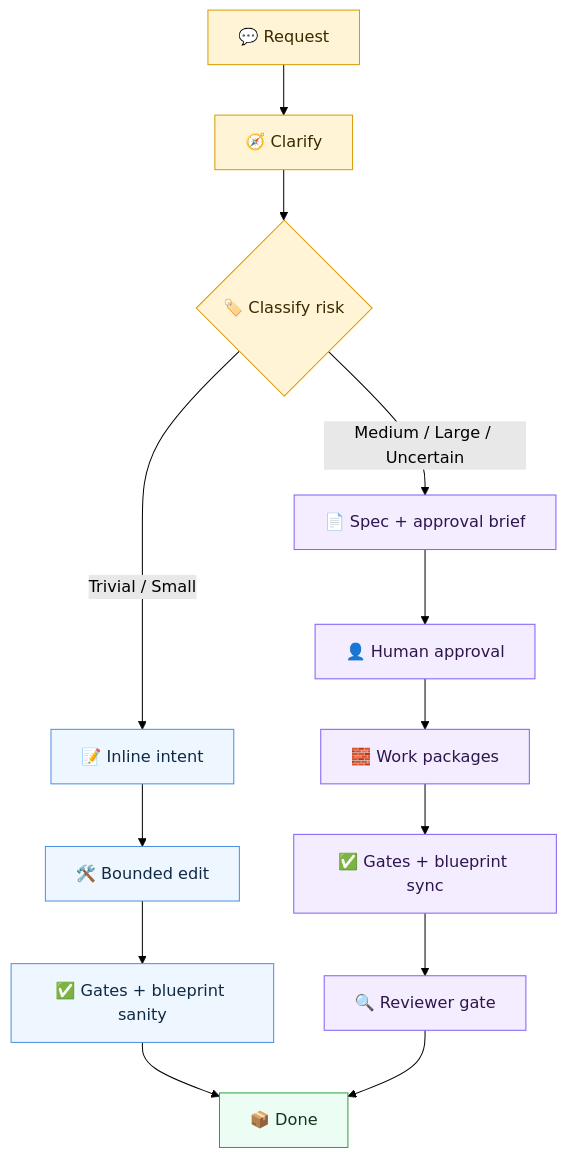
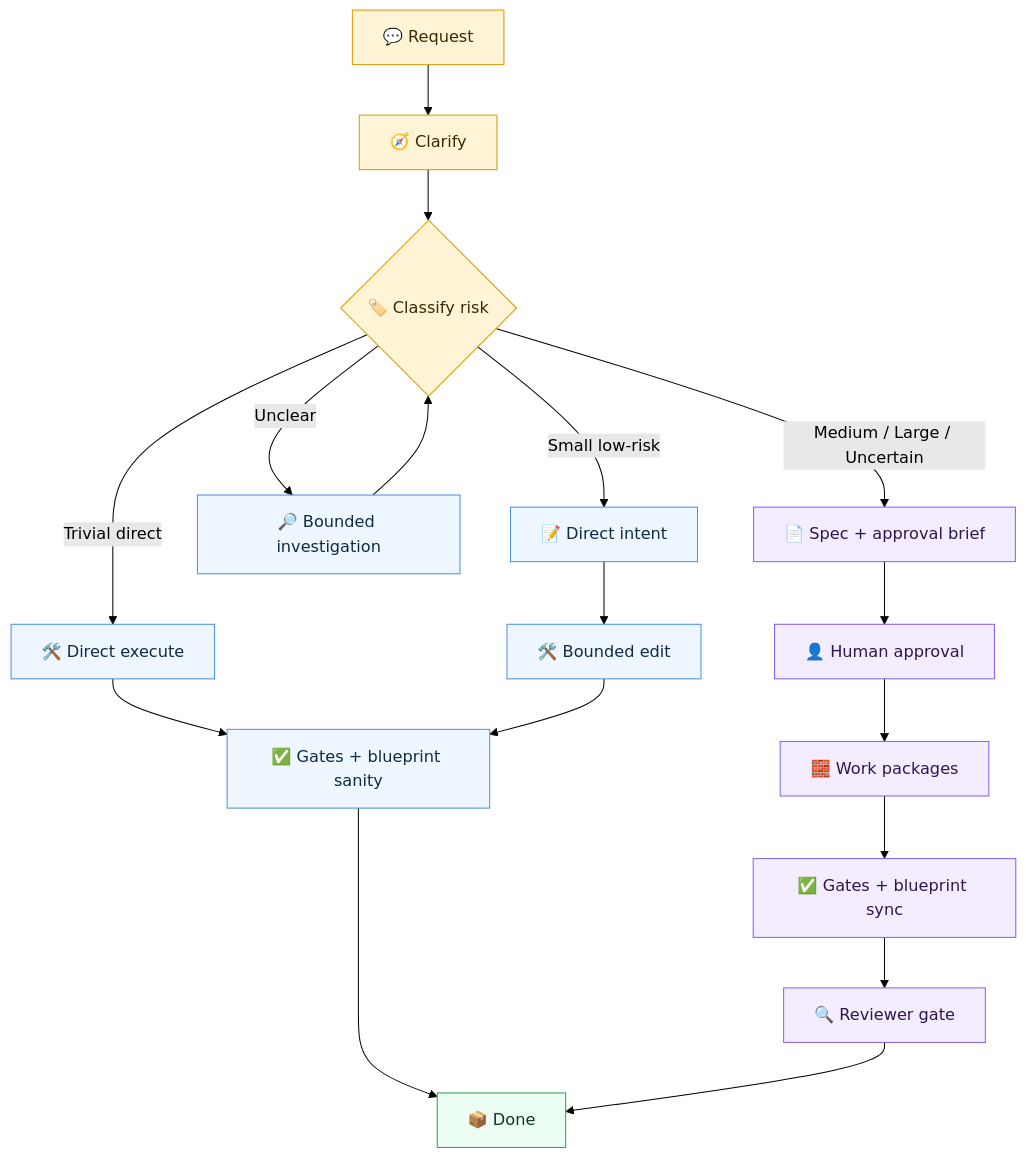
Before and after one commit to shubhangtiwari/aidlc: the diagram in README.md, drawn with Mermaid (forest theme). The commit also changed other lines of this file and 68 other files, not shown here.

````diff
--- a/README.md
+++ b/README.md
@@ -137,27 +137,31 @@
 ```mermaid
 flowchart TB
   Start["💬 Request"] --> Scope["🧭 Clarify"]
   Scope --> Classify{"🏷️ Classify risk"}
 
-  Classify -->|Trivial / Small| SmallIntent["📝 Inline intent"]
+  Classify -->|Trivial direct| DirectBuild["🛠️ Direct execute"]
+  Classify -->|Small low-risk| SmallIntent["📝 Direct intent"]
+  Classify -->|Unclear| Investigate["🔎 Bounded investigation"]
+  Investigate --> Classify
   SmallIntent --> SmallBuild["🛠️ Bounded edit"]
+  DirectBuild --> SmallGate["✅ Gates + blueprint sanity"]
   SmallBuild --> SmallGate["✅ Gates + blueprint sanity"]
   SmallGate --> Done["📦 Done"]
 
   Classify -->|Medium / Large / Uncertain| Spec["📄 Spec + approval brief"]
   Spec --> Approve["👤 Human approval"]
   Approve --> Work["🧱 Work packages"]
   Work --> SpecGate["✅ Gates + blueprint sync"]
   SpecGate --> Review["🔍 Reviewer gate"]
   Review --> Done
 
   classDef intake fill:#fff4d6,stroke:#d99b00,color:#3a2a00,stroke-width:1px;
   classDef small fill:#eef6ff,stroke:#4a90e2,color:#0f2a44,stroke-width:1px;
   classDef spec fill:#f4edff,stroke:#845ef7,color:#2d164d,stroke-width:1px;
   classDef done fill:#ecfdf3,stroke:#2f9e44,color:#12351d,stroke-width:1px;
 
   class Start,Scope,Classify intake;
-  class SmallIntent,SmallBuild,SmallGate small;
+  class DirectBuild,SmallIntent,SmallBuild,SmallGate,Investigate small;
   class Spec,Approve,Work,SpecGate,Review spec;
   class Done done;
 ```
````
